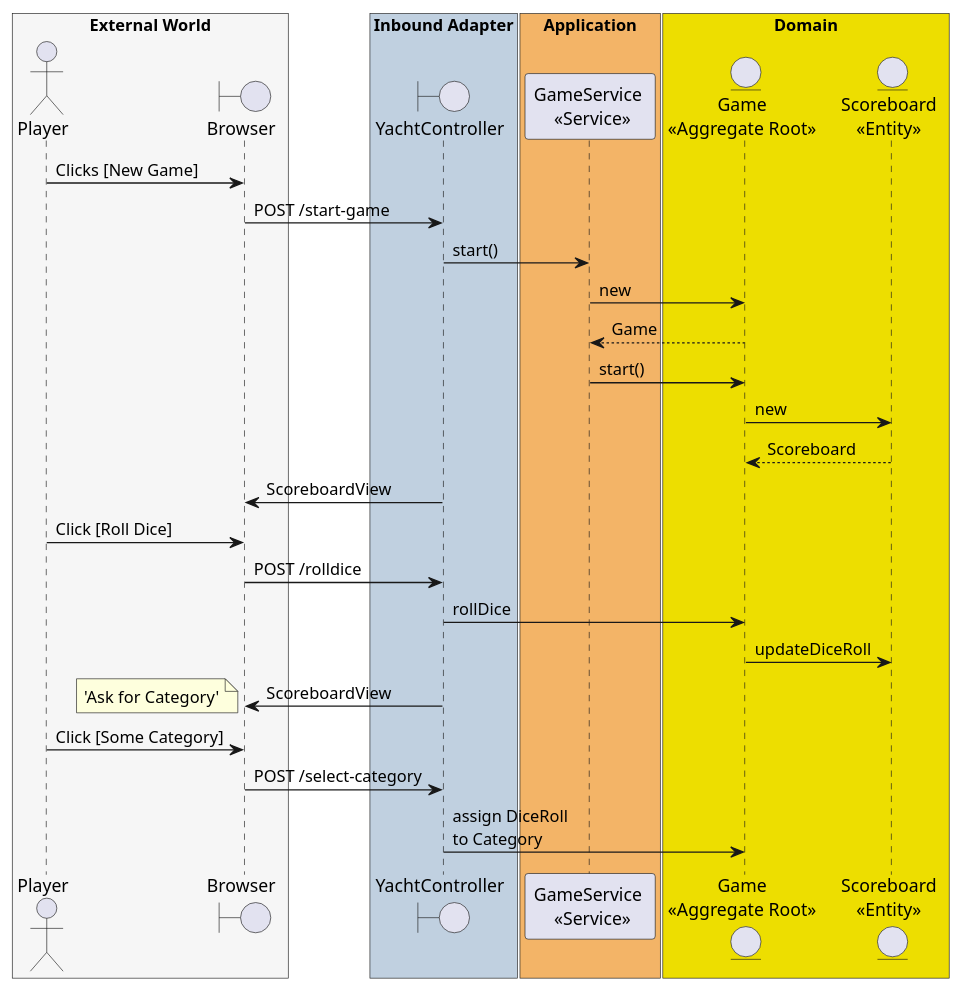
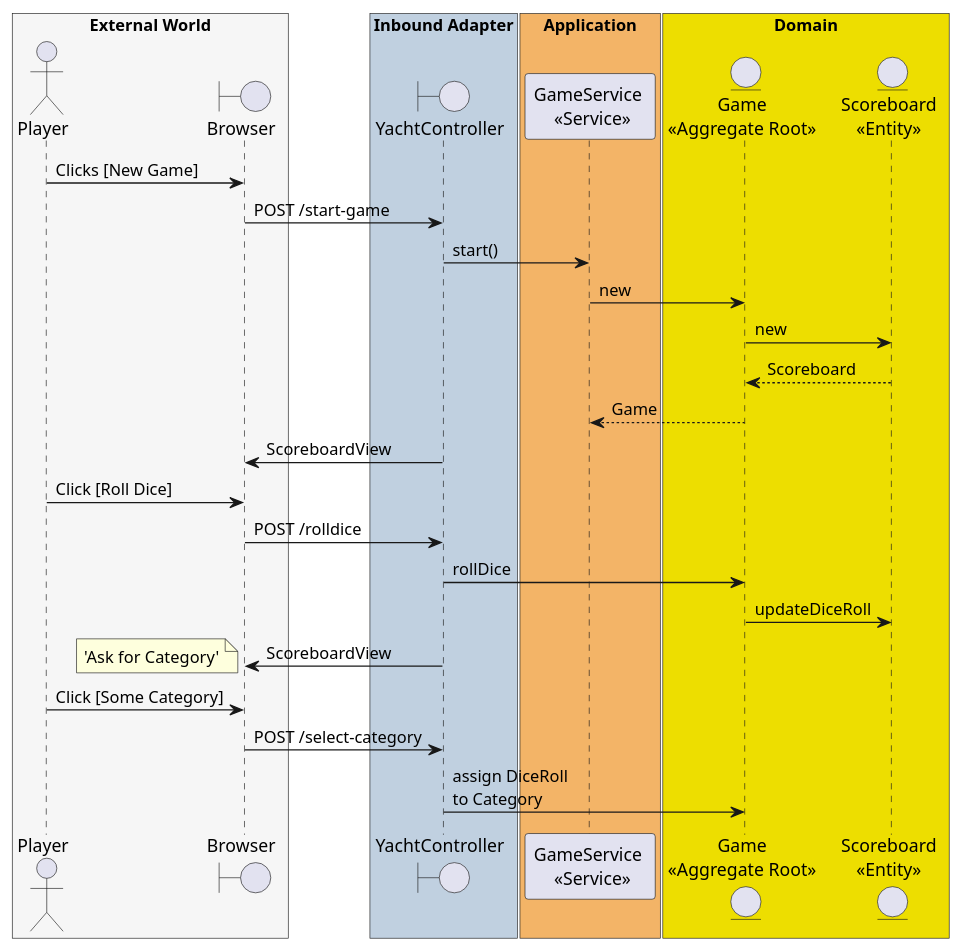
One commit to jitterted/yacht-tdd changed the diagram in GameFlow.plantuml. Above: the diagram before and after it, drawn with PlantUML. The commit also changed 3 other files, not shown here.

Commit message:
R: Game no longer has start(), the GameService creates a new Game when it needs to "start" a new game

```diff
--- a/GameFlow.plantuml
+++ b/GameFlow.plantuml
@@ -1,40 +1,39 @@
 @startuml
 
 box "External World" #f6f6f6
     actor Player as player
     boundary Browser as browser
 end box
 
 box "Inbound Adapter" #c0d0e0
     boundary YachtController as controller
 end box
 
 box "Application" #F3B467
     participant "GameService \n <<Service>>" as service
 end box
 
 box "Domain" #EDDE00
     entity "Game\n<<Aggregate Root>>" as game
     entity "Scoreboard\n<<Entity>>" as scoreboard
 end box
 
 player -> browser: Clicks [New Game]
 browser -> controller: POST /start-game
 controller -> service : start()
 service -> game : new
-game --> service : Game
-service -> game : start()
 game -> scoreboard: new
 game <-- scoreboard : Scoreboard
+game --> service : Game
 controller -> browser: ScoreboardView
 player -> browser: Click [Roll Dice]
 browser -> controller: POST /rolldice
 controller -> game: rollDice
 game -> scoreboard: updateDiceRoll
 controller -> browser: ScoreboardView
 note left: 'Ask for Category'
 player -> browser: Click [Some Category]
 browser -> controller: POST /select-category
 controller -> game: assign DiceRoll\nto Category
 
 @enduml
```
